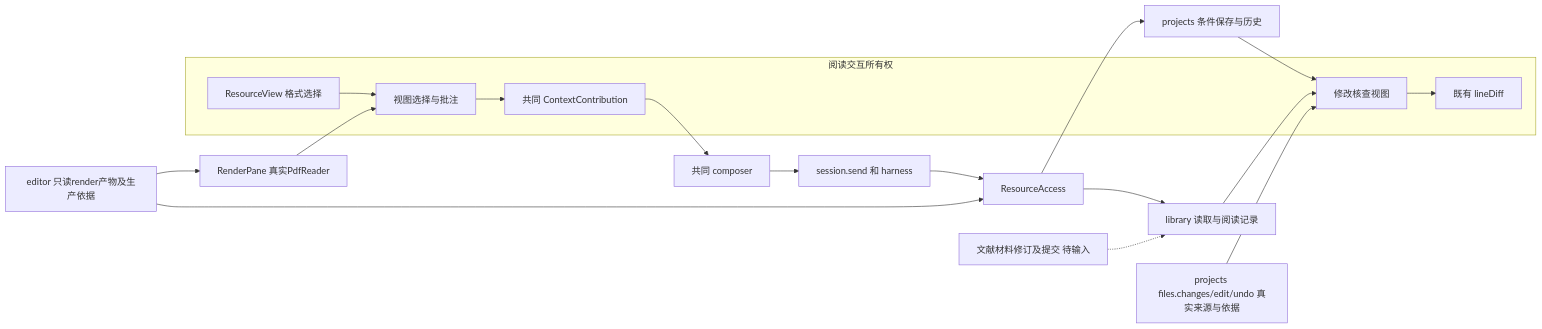
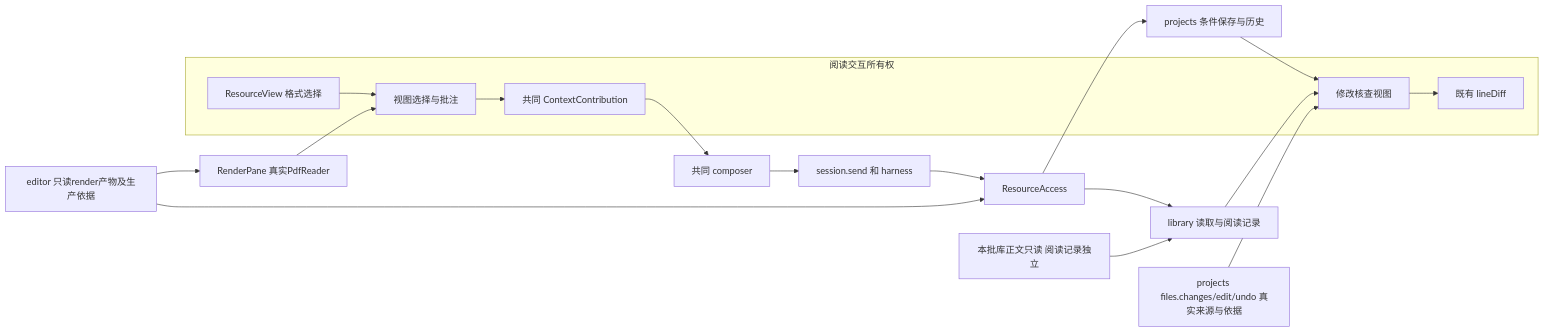
The first of 2 diagrams in openspec/changes/add-material-annotation-interactions/design.md (leike0813/Scholoom), drawn with Mermaid before and after one commit. The commit also changed other lines of this file and 56 other files, not shown here.

````diff
--- a/openspec/changes/add-material-annotation-interactions/design.md
+++ b/openspec/changes/add-material-annotation-interactions/design.md
@@ -7,20 +7,20 @@
 ```mermaid
 flowchart LR
   subgraph RI[阅读交互所有权]
     V[ResourceView 格式选择] --> S[视图选择与批注]
     S --> C[共同 ContextContribution]
     H[修改核查视图] --> DF[既有 lineDiff]
   end
   C --> CO[共同 composer]
   CO --> A[session.send 和 harness]
   A --> R[ResourceAccess]
   R --> P[projects 条件保存与历史]
   R --> L[library 读取与阅读记录]
   E[editor 只读render产物及生产依据] --> R
   E --> RV[RenderPane 真实PdfReader]
   RV --> S
   P --> H
   L --> H
-  M1[文献材料修订及提交 待输入] -.-> L
+  M1[本批库正文只读 阅读记录独立] --> L
   M2[projects files.changes/edit/undo 真实来源与依据] --> H
 ```
````
